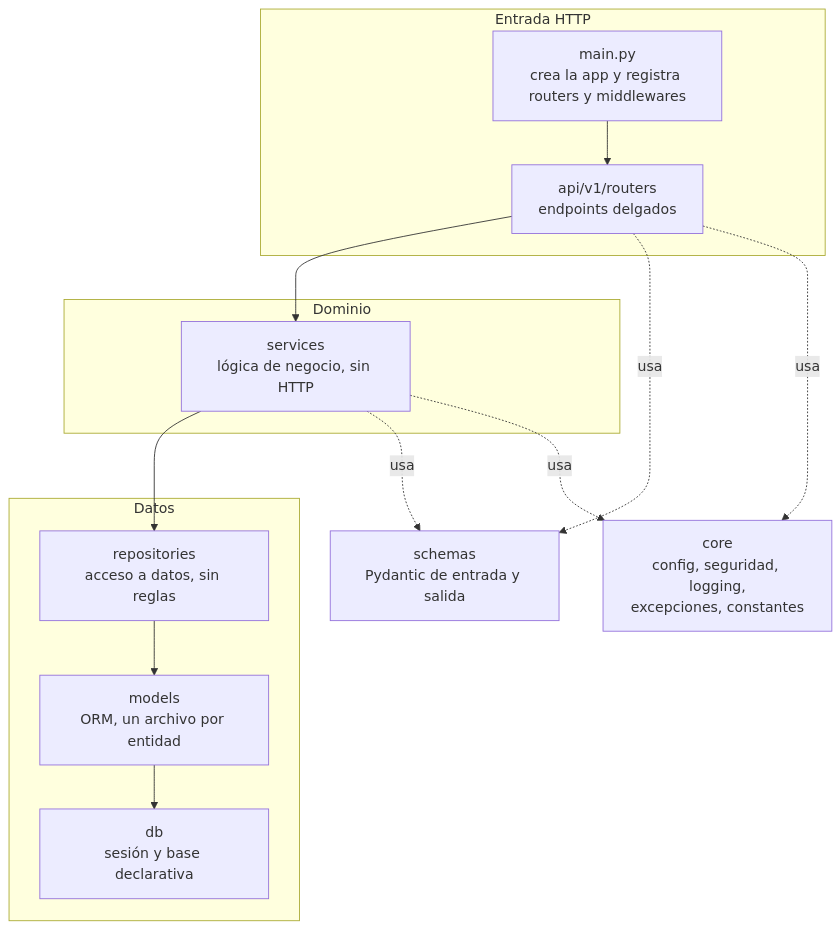
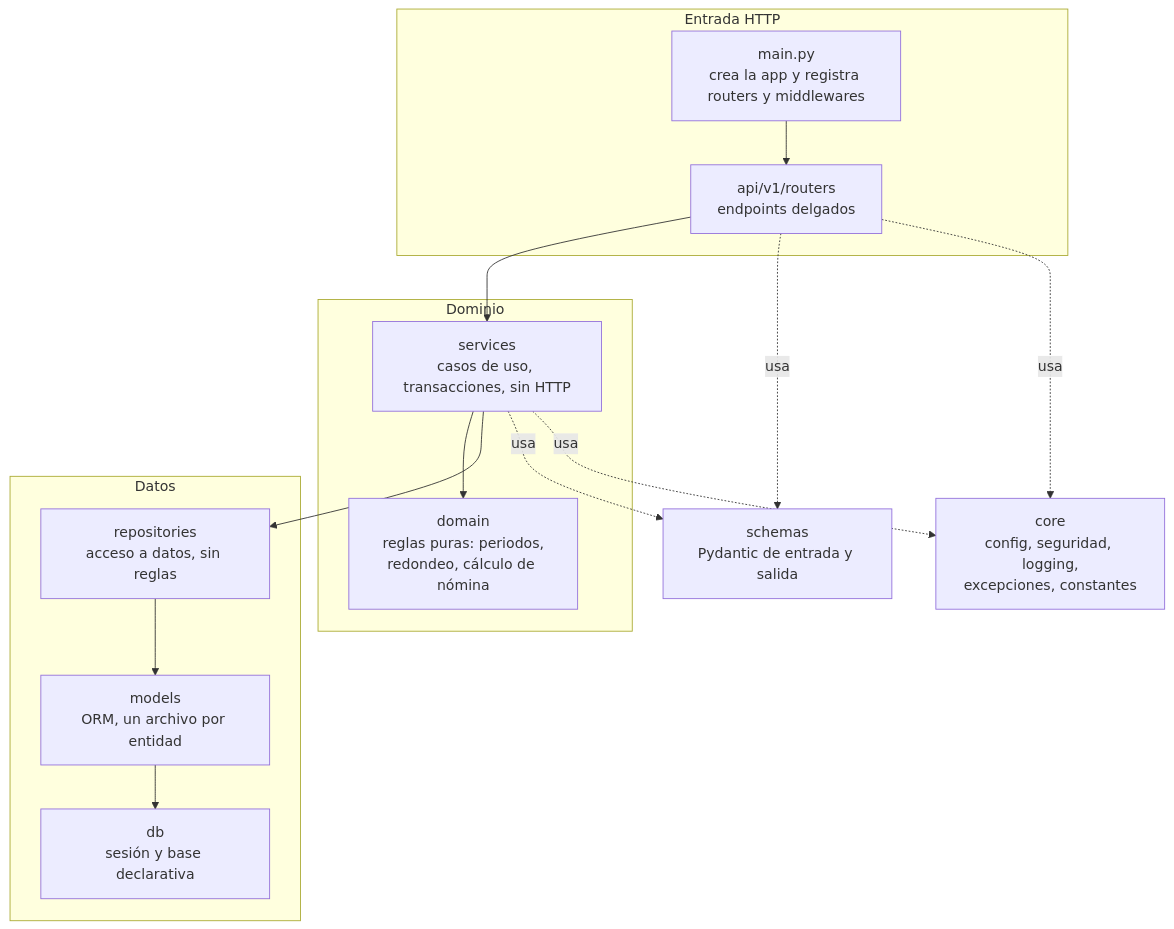
Before and after one commit to Joryox/nomina-docente: the second of 7 diagrams in docs/arquitectura.md, drawn with Mermaid. The commit also changed other lines of this file and 8 other files, not shown here.

First line of the commit message:
docs: documenta las reglas de negocio y la API, y cierra la etapa 4

````diff
--- a/docs/arquitectura.md
+++ b/docs/arquitectura.md
@@ -63,31 +63,33 @@
 ```mermaid
 flowchart TD
     subgraph http[Entrada HTTP]
         main[main.py<br/>crea la app y registra routers y middlewares]
         routers[api/v1/routers<br/>endpoints delgados]
     end
 
     subgraph domain[Dominio]
-        services[services<br/>lógica de negocio, sin HTTP]
+        services[services<br/>casos de uso, transacciones, sin HTTP]
+        pure[domain<br/>reglas puras: periodos,<br/>redondeo, cálculo de nómina]
     end
 
     subgraph data[Datos]
         repos[repositories<br/>acceso a datos, sin reglas]
         models[models<br/>ORM, un archivo por entidad]
         dbm[db<br/>sesión y base declarativa]
     end
 
     schemas[schemas<br/>Pydantic de entrada y salida]
     core[core<br/>config, seguridad, logging,<br/>excepciones, constantes]
 
     main --> routers
     routers --> services
+    services --> pure
     services --> repos
     repos --> models
     models --> dbm
 
     routers -.usa.-> schemas
     services -.usa.-> schemas
     routers -.usa.-> core
     services -.usa.-> core
 ```
````
